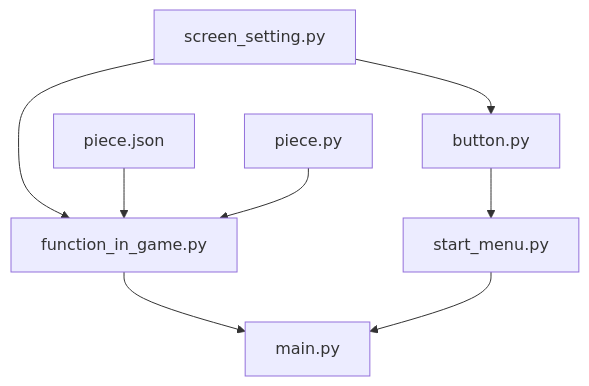
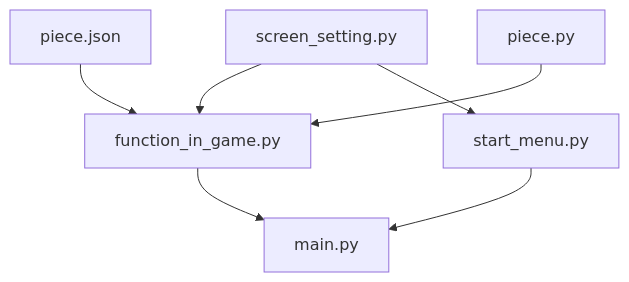
Before and after one commit to YanXingYu-star/animalchess: the diagram in readme.md, drawn with Mermaid. The commit also changed 14 other files, not shown here.

Commit message:
重新组织了图形显示部分的结构

````diff
--- a/readme.md
+++ b/readme.md
@@ -14,9 +14,9 @@
 ```mermaid
 graph TD
 screen_setting.py --> function_in_game.py
 piece.json-->function_in_game.py
 piece.py --> function_in_game.py
 function_in_game.py -->main.py
-screen_setting.py--> button.py --> start_menu.py --> main.py
+screen_setting.py --> start_menu.py --> main.py
 
 ```
````
